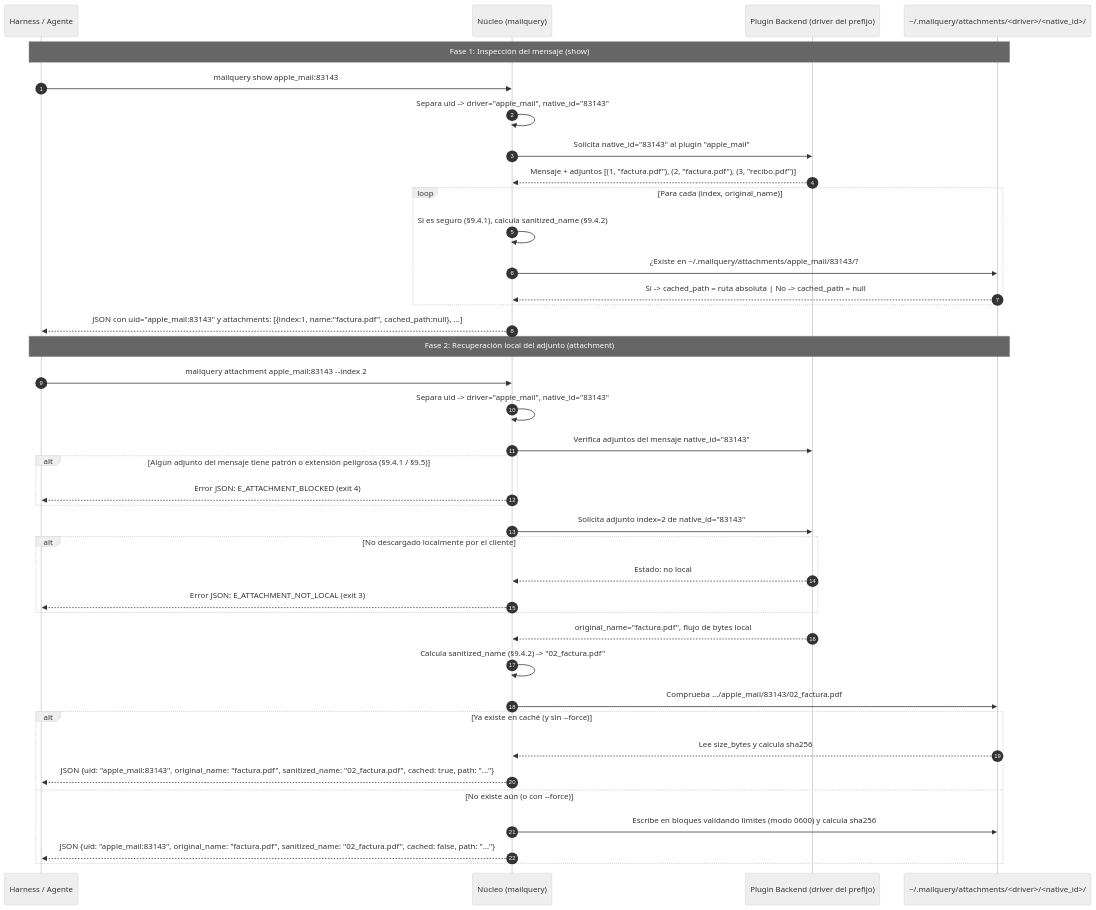
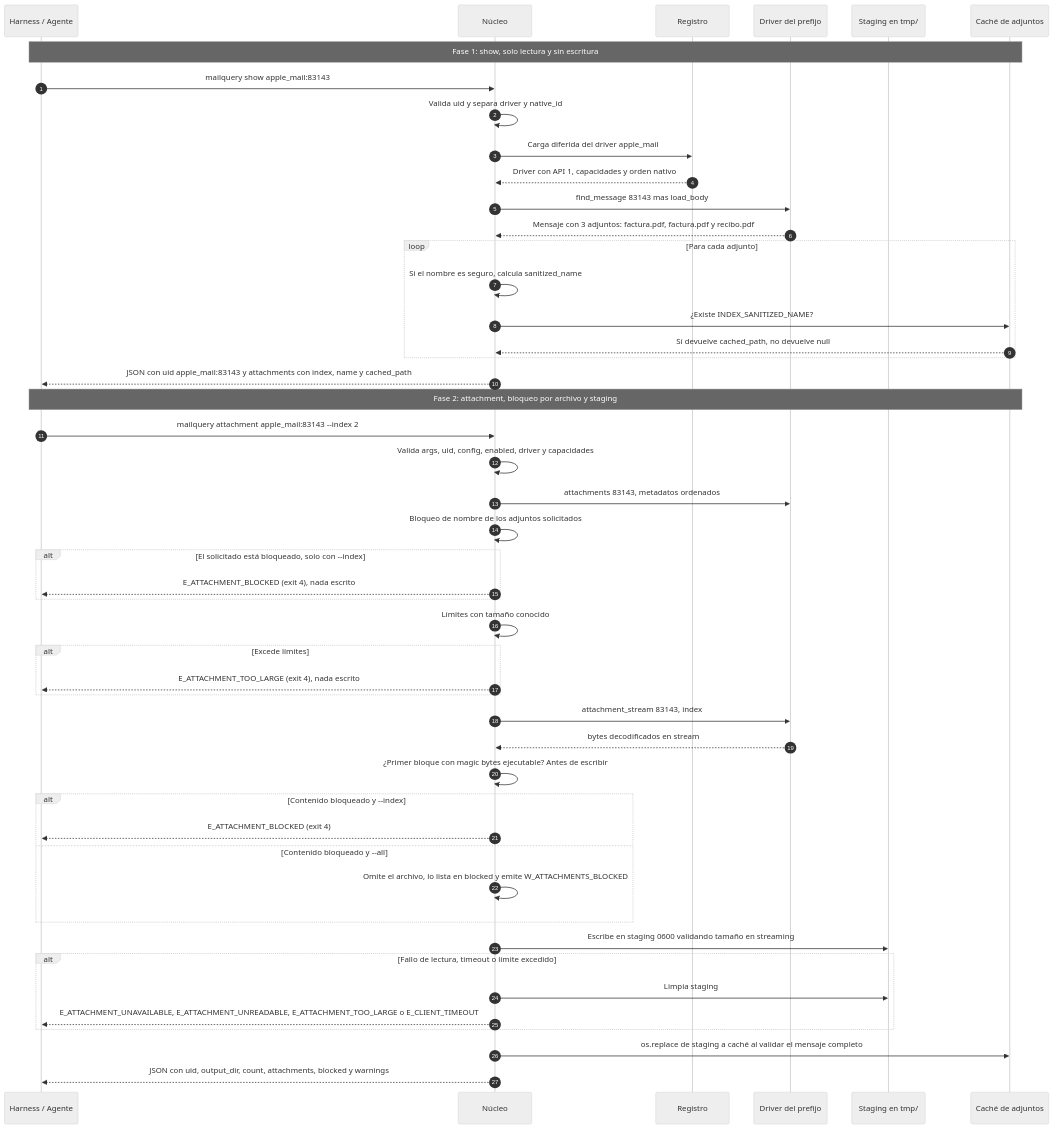
Before and after one commit to dayler/mailquery: the second of 2 diagrams in docs/PRD-v2.1.md, drawn with Mermaid (neutral theme). The commit also changed other lines of this file, not shown here.

First line of the commit message:
docs(prd): add v2.1 delta for backend plugins and attachment recovery

````diff
--- a/docs/PRD-v2.1.md
+++ b/docs/PRD-v2.1.md
@@ -178,43 +260,52 @@
 ```mermaid
 sequenceDiagram
     autonumber
     participant H as Harness / Agente
-    participant Core as Núcleo (mailquery)
-    participant BK as Plugin Backend (driver del prefijo)
-    participant FS as ~/.mailquery/attachments/<driver>/<native_id>/
+    participant Core as Núcleo
+    participant REG as Registro
+    participant BK as Driver del prefijo
+    participant ST as Staging en tmp/
+    participant FS as Caché de adjuntos
 
-    Note over H,FS: Fase 1: Inspección del mensaje (show)
+    Note over H,FS: Fase 1: show, solo lectura y sin escritura
     H->>Core: mailquery show apple_mail:83143
-    Core->>Core: Separa uid -> driver="apple_mail", native_id="83143"
-    Core->>BK: Solicita native_id="83143" al plugin "apple_mail"
-    BK-->>Core: Mensaje + adjuntos [(1, "factura.pdf"), (2, "factura.pdf"), (3, "recibo.pdf")]
-    loop Para cada (index, original_name)
-        Core->>Core: Si es seguro (§9.4.1), calcula sanitized_name (§9.4.2)
-        Core->>FS: ¿Existe en ~/.mailquery/attachments/apple_mail/83143/?
-        FS-->>Core: Sí -> cached_path = ruta absoluta | No -> cached_path = null
+    Core->>Core: Valida uid y separa driver y native_id
+    Core->>REG: Carga diferida del driver apple_mail
+    REG-->>Core: Driver con API 1, capacidades y orden nativo
+    Core->>BK: find_message 83143 mas load_body
+    BK-->>Core: Mensaje con 3 adjuntos: factura.pdf, factura.pdf y recibo.pdf
+    loop Para cada adjunto
+        Core->>Core: Si el nombre es seguro, calcula sanitized_name
+        Core->>FS: ¿Existe INDEX_SANITIZED_NAME?
+        FS-->>Core: Sí devuelve cached_path, no devuelve null
     end
-    Core-->>H: JSON con uid="apple_mail:83143" y attachments: [{index:1, name:"factura.pdf", cached_path:null}, ...]
+    Core-->>H: JSON con uid apple_mail:83143 y attachments con index, name y cached_path
 
-    Note over H,FS: Fase 2: Recuperación local del adjunto (attachment)
+    Note over H,FS: Fase 2: attachment, bloqueo por archivo y staging
     H->>Core: mailquery attachment apple_mail:83143 --index 2
-    Core->>Core: Separa uid -> driver="apple_mail", native_id="83143"
-    Core->>BK: Verifica adjuntos del mensaje native_id="83143"
-    alt Algún adjunto del mensaje tiene patrón o extensión peligrosa (§9.4.1 / §9.5)
-        Core-->>H: Error JSON: E_ATTACHMENT_BLOCKED (exit 4)
+    Core->>Core: Valida args, uid, config, enabled, driver y capacidades
+    Core->>BK: attachments 83143, metadatos ordenados
+    Core->>Core: Bloqueo de nombre de los adjuntos solicitados
+    alt El solicitado está bloqueado, solo con --index
+        Core-->>H: E_ATTACHMENT_BLOCKED (exit 4), nada escrito
     end
-    Core->>BK: Solicita adjunto index=2 de native_id="83143"
-    alt No descargado localmente por el cliente
-        BK-->>Core: Estado: no local
-        Core-->>H: Error JSON: E_ATTACHMENT_NOT_LOCAL (exit 3)
+    Core->>Core: Límites con tamaño conocido
+    alt Excede límites
+        Core-->>H: E_ATTACHMENT_TOO_LARGE (exit 4), nada escrito
     end
-    BK-->>Core: original_name="factura.pdf", flujo de bytes local
-    Core->>Core: Calcula sanitized_name (§9.4.2) -> "02_factura.pdf"
-    Core->>FS: Comprueba .../apple_mail/83143/02_factura.pdf
-    alt Ya existe en caché (y sin --force)
-        FS-->>Core: Lee size_bytes y calcula sha256
-        Core-->>H: JSON {uid: "apple_mail:83143", original_name: "factura.pdf", sanitized_name: "02_factura.pdf", cached: true, path: "..."}
-    else No existe aún (o con --force)
-        Core->>FS: Escribe en bloques validando límites (modo 0600) y calcula sha256
-        Core-->>H: JSON {uid: "apple_mail:83143", original_name: "factura.pdf", sanitized_name: "02_factura.pdf", cached: false, path: "..."}
+    Core->>BK: attachment_stream 83143, index
+    BK-->>Core: bytes decodificados en stream
+    Core->>Core: ¿Primer bloque con magic bytes ejecutable? Antes de escribir
+    alt Contenido bloqueado y --index
+        Core-->>H: E_ATTACHMENT_BLOCKED (exit 4)
+    else Contenido bloqueado y --all
+        Core->>Core: Omite el archivo, lo lista en blocked y emite W_ATTACHMENTS_BLOCKED
     end
+    Core->>ST: Escribe en staging 0600 validando tamaño en streaming
+    alt Fallo de lectura, timeout o límite excedido
+        Core->>ST: Limpia staging
+        Core-->>H: E_ATTACHMENT_UNAVAILABLE, E_ATTACHMENT_UNREADABLE, E_ATTACHMENT_TOO_LARGE o E_CLIENT_TIMEOUT
+    end
+    Core->>FS: os.replace de staging a caché al validar el mensaje completo
+    Core-->>H: JSON con uid, output_dir, count, attachments, blocked y warnings
 ```
````
